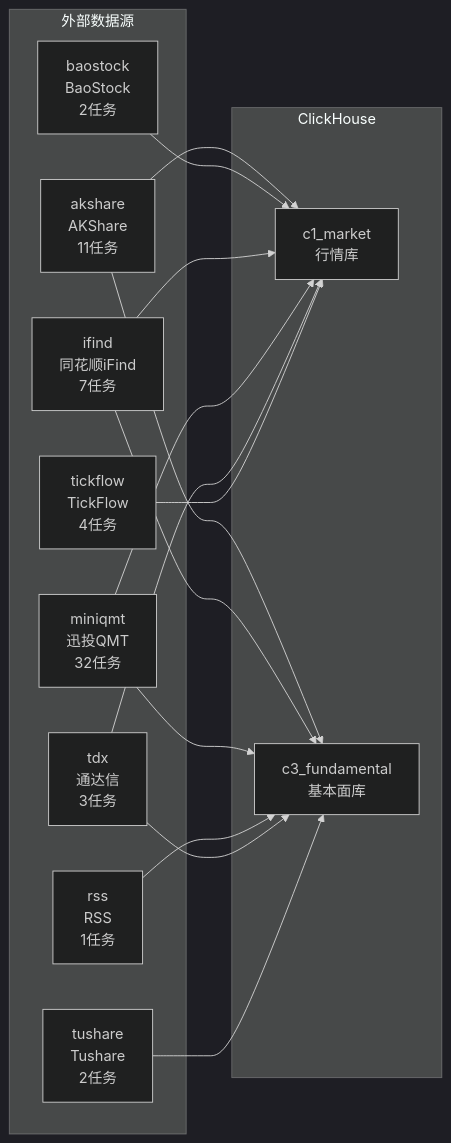
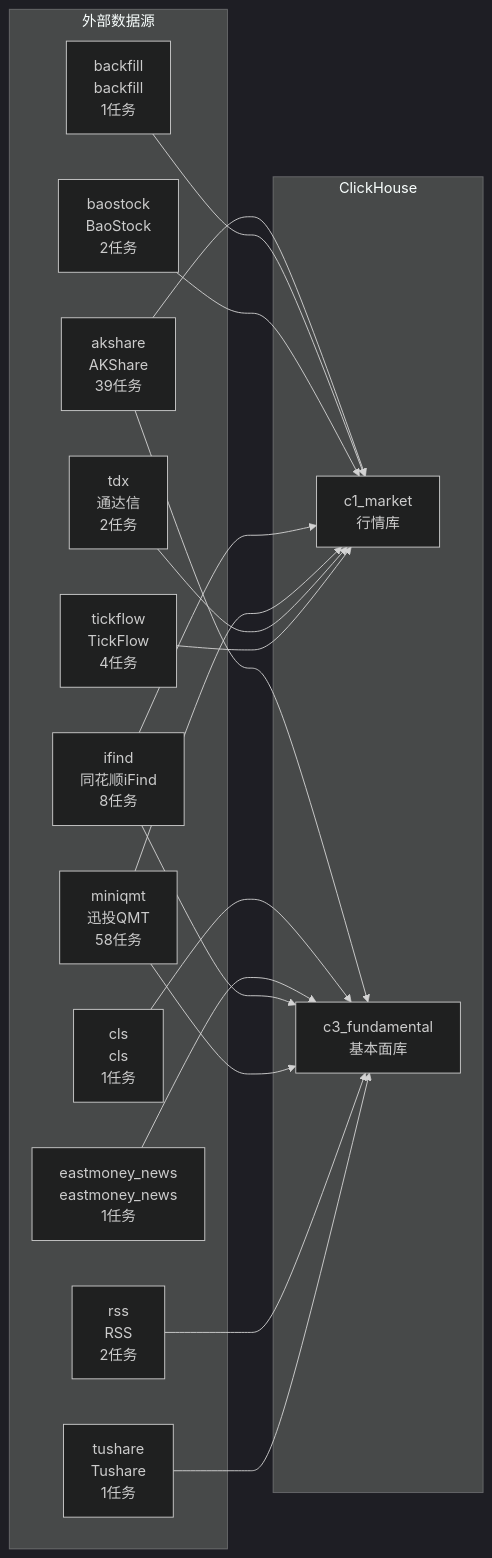
One commit to xuanFelixVan/ZephyrAlpha changed the diagram in docs/02_enterprise_architecture/05_dataflow_architecture/data_acquisition_flow.md. Above: the diagram before and after it, drawn with Mermaid (dark theme). The commit also changed other lines of this file and 6 other files, not shown here.

````diff
--- a/docs/02_enterprise_architecture/05_dataflow_architecture/data_acquisition_flow.md
+++ b/docs/02_enterprise_architecture/05_dataflow_architecture/data_acquisition_flow.md
@@ -223,31 +322,36 @@
 ```mermaid
 flowchart LR
     subgraph 外部数据源
-        S3["miniqmt<br/>迅投QMT<br/>32任务"]
-        S0["akshare<br/>AKShare<br/>11任务"]
-        S2["ifind<br/>同花顺iFind<br/>7任务"]
-        S6["tickflow<br/>TickFlow<br/>4任务"]
-        S5["tdx<br/>通达信<br/>3任务"]
-        S7["tushare<br/>Tushare<br/>2任务"]
-        S1["baostock<br/>BaoStock<br/>2任务"]
-        S4["rss<br/>RSS<br/>1任务"]
+        S6["miniqmt<br/>迅投QMT<br/>58任务"]
+        S0["akshare<br/>AKShare<br/>39任务"]
+        S5["ifind<br/>同花顺iFind<br/>8任务"]
+        S9["tickflow<br/>TickFlow<br/>4任务"]
+        S7["rss<br/>RSS<br/>2任务"]
+        S8["tdx<br/>通达信<br/>2任务"]
+        S2["baostock<br/>BaoStock<br/>2任务"]
+        S3["cls<br/>cls<br/>1任务"]
+        S4["eastmoney_news<br/>eastmoney_news<br/>1任务"]
+        S10["tushare<br/>Tushare<br/>1任务"]
+        S1["backfill<br/>backfill<br/>1任务"]
     end
 
     subgraph ClickHouse
         D0["c1_market<br/>行情库"]
         D1["c3_fundamental<br/>基本面库"]
     end
 
     S0 --> D0
     S0 --> D1
     S1 --> D0
     S2 --> D0
-    S2 --> D1
-    S3 --> D0
     S3 --> D1
     S4 --> D1
     S5 --> D0
     S5 --> D1
     S6 --> D0
+    S6 --> D1
     S7 --> D1
+    S8 --> D0
+    S9 --> D0
+    S10 --> D1
 ```
````
